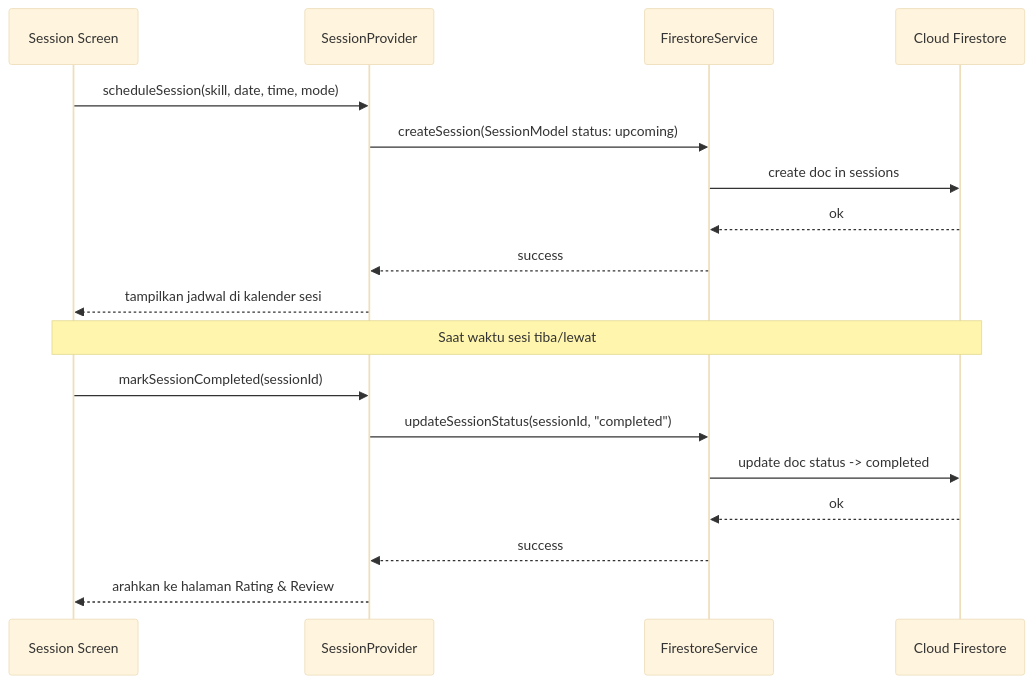
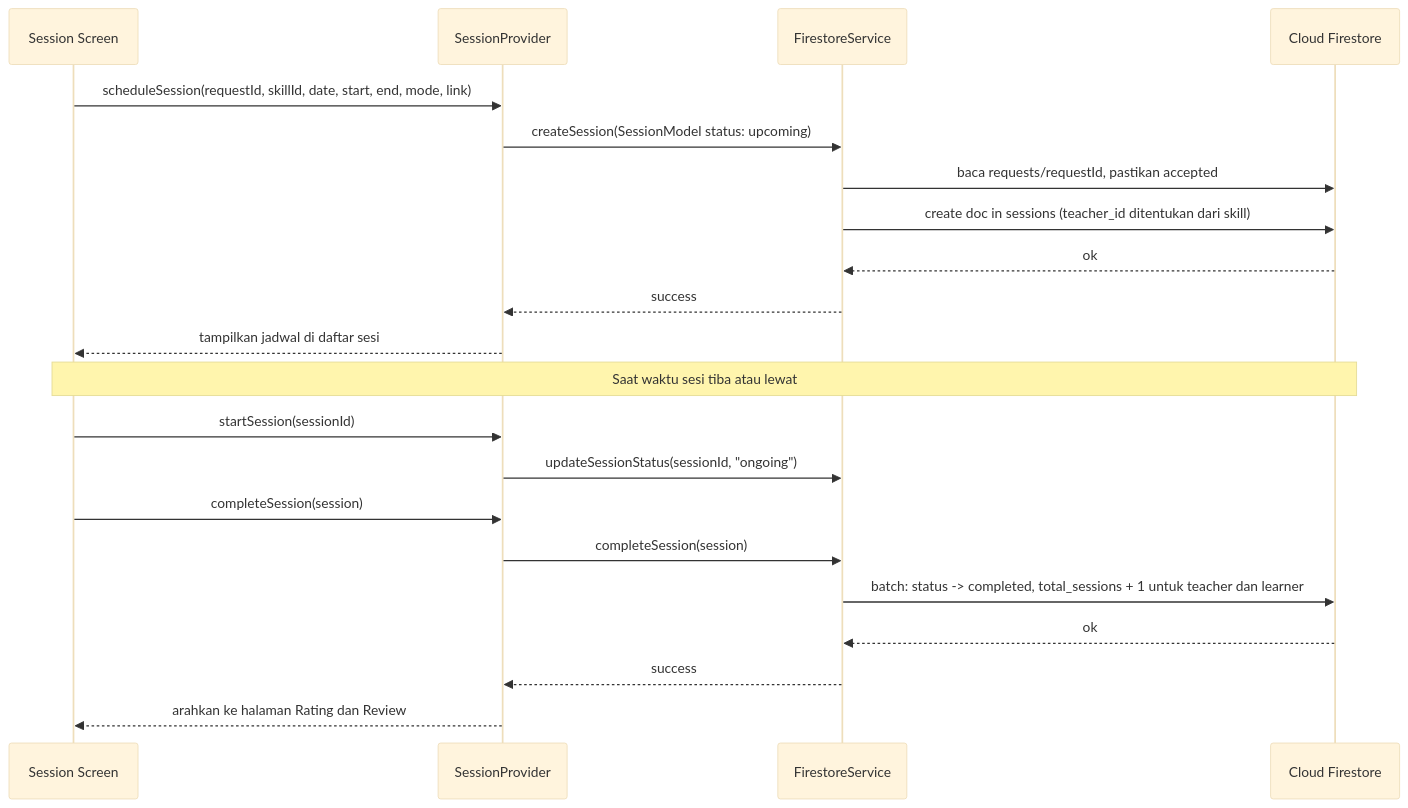
Before and after one commit to Gabriel1-05/SkillSwap: the sixth of 9 diagrams in Architecture.md, drawn with Mermaid (base theme). The commit also changed other lines of this file, not shown here.

````diff
--- a/Architecture.md
+++ b/Architecture.md
@@ -262,22 +355,25 @@
 ```mermaid
 sequenceDiagram
     participant UI as Session Screen
     participant P as SessionProvider
     participant F as FirestoreService
     participant DB as Cloud Firestore
 
-    UI->>P: scheduleSession(skill, date, time, mode)
+    UI->>P: scheduleSession(requestId, skillId, date, start, end, mode, link)
     P->>F: createSession(SessionModel status: upcoming)
-    F->>DB: create doc in sessions
+    F->>DB: baca requests/requestId, pastikan accepted
+    F->>DB: create doc in sessions (teacher_id ditentukan dari skill)
     DB-->>F: ok
     F-->>P: success
-    P-->>UI: tampilkan jadwal di kalender sesi
+    P-->>UI: tampilkan jadwal di daftar sesi
 
-    Note over UI,DB: Saat waktu sesi tiba/lewat
-    UI->>P: markSessionCompleted(sessionId)
-    P->>F: updateSessionStatus(sessionId, "completed")
-    F->>DB: update doc status -> completed
+    Note over UI,DB: Saat waktu sesi tiba atau lewat
+    UI->>P: startSession(sessionId)
+    P->>F: updateSessionStatus(sessionId, "ongoing")
+    UI->>P: completeSession(session)
+    P->>F: completeSession(session)
+    F->>DB: batch: status -> completed, total_sessions + 1 untuk teacher dan learner
     DB-->>F: ok
     F-->>P: success
-    P-->>UI: arahkan ke halaman Rating & Review
+    P-->>UI: arahkan ke halaman Rating dan Review
 ```
````
